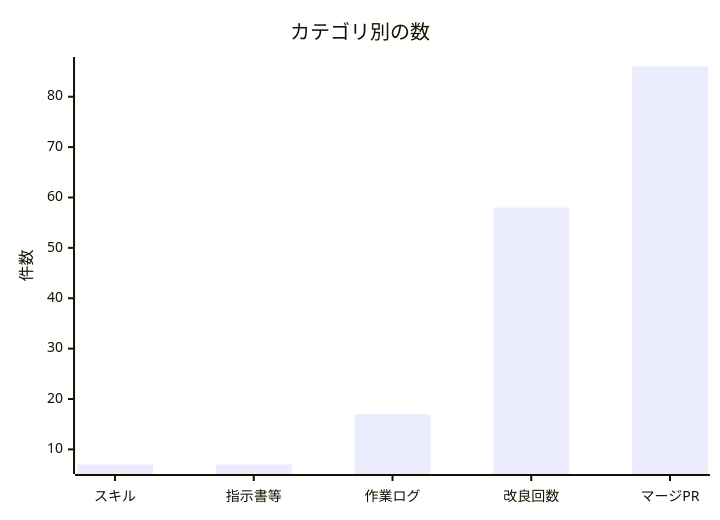
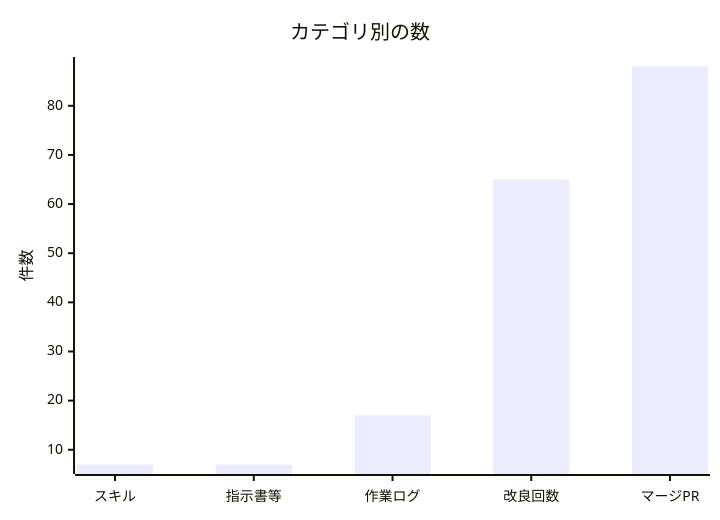
One commit to non-x2/non-x2 changed the second of 2 diagrams in docs/進化レポート.md. Above: the diagram before and after it, drawn with Mermaid. The commit also changed other lines of this file and 6 other files, not shown here.

First line of the commit message:
🌱 毎日の自己改良（5件）地図の見張り番を広げた＋案内と台数のズレを4つ直した (#101)

````diff
--- a/docs/進化レポート.md
+++ b/docs/進化レポート.md
@@ -33,7 +33,7 @@
 ```mermaid
 xychart-beta
     title "カテゴリ別の数"
     x-axis ["スキル", "指示書等", "作業ログ", "改良回数", "マージPR"]
     y-axis "件数"
-    bar [7, 7, 17, 58, 86]
+    bar [7, 7, 17, 65, 88]
 ```
````
